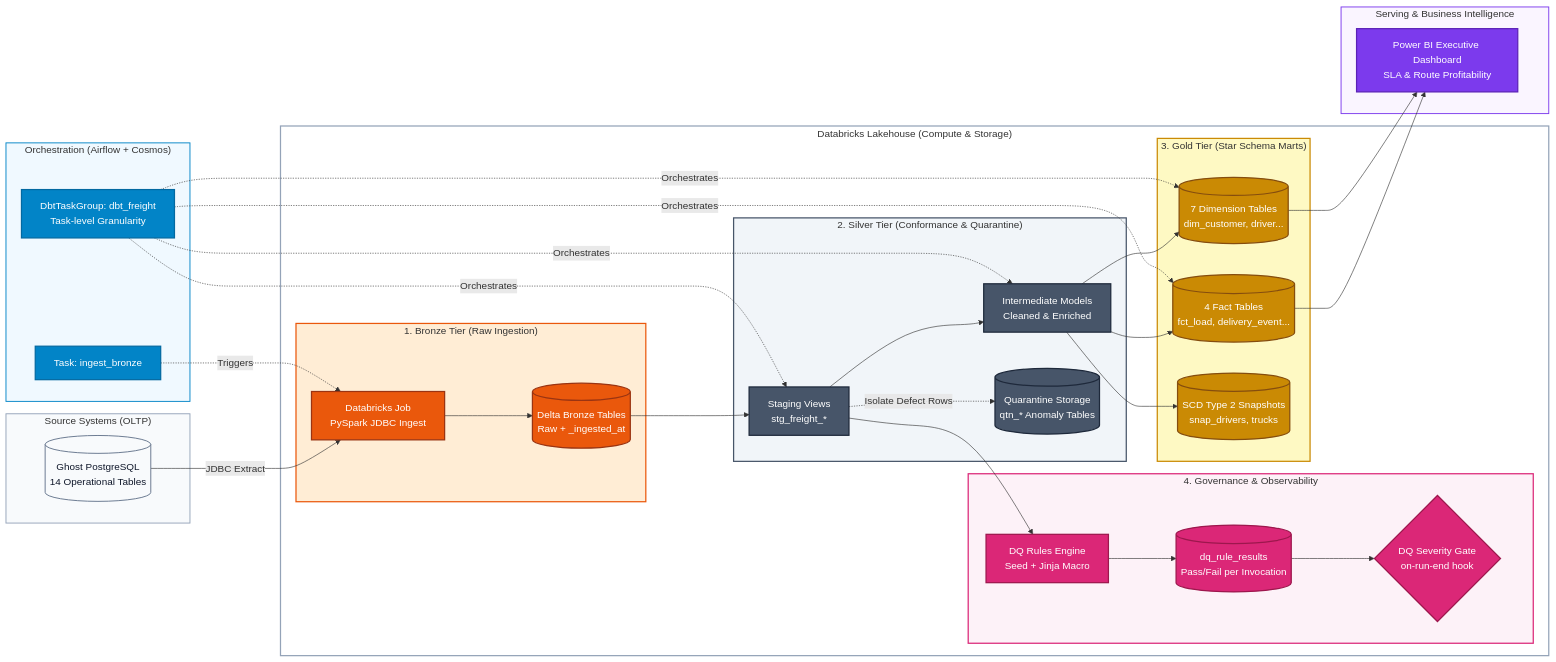
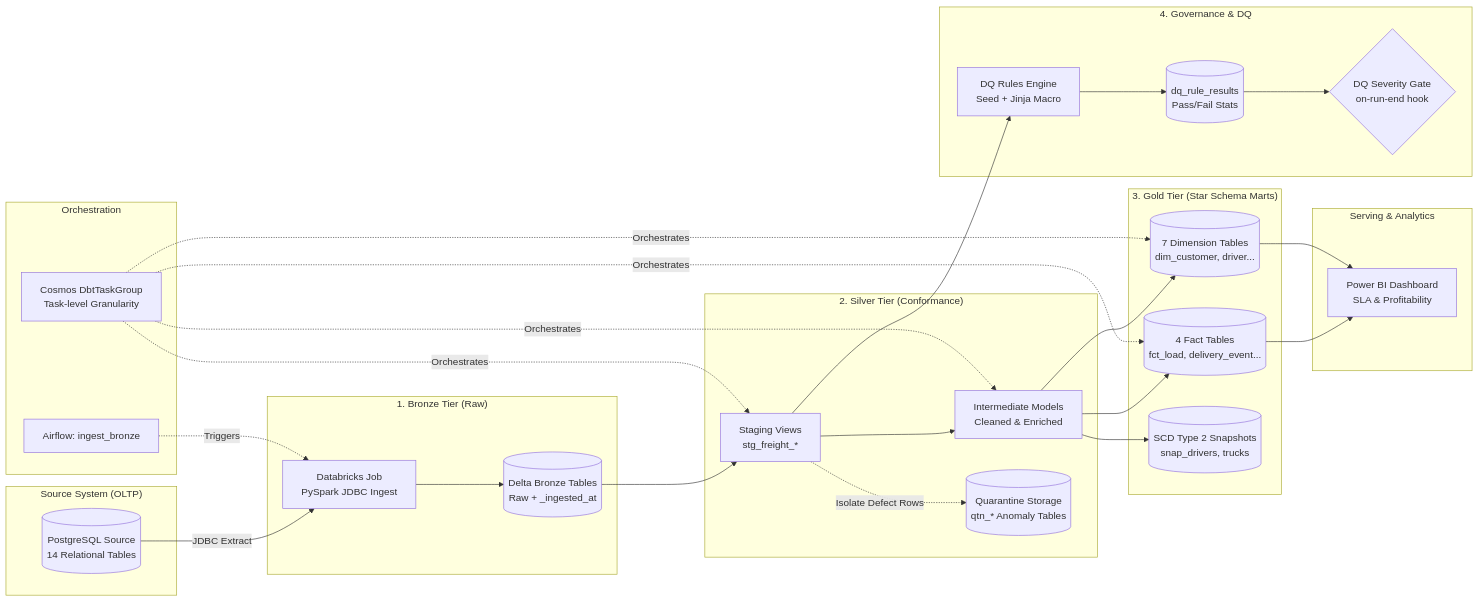
The diagram in README.md (toandatawork/freight-data-platform), drawn with Mermaid before and after one commit. The commit also changed other lines of this file, not shown here.

Commit message:
docs: fix README responsive table layout and dark-mode native mermaid diagram

````diff
--- a/README.md
+++ b/README.md
@@ -57,75 +41,54 @@
 ```mermaid
 flowchart LR
-    classDef source fill:#f8fafc,stroke:#64748b,stroke-width:1.5px,color:#0f172a;
-    classDef bronze fill:#ea580c,stroke:#9a3412,stroke-width:2px,color:#ffffff;
-    classDef silver fill:#475569,stroke:#1e293b,stroke-width:2px,color:#ffffff;
-    classDef gold fill:#ca8a04,stroke:#854d0e,stroke-width:2px,color:#ffffff;
-    classDef dq fill:#db2777,stroke:#9d174d,stroke-width:2px,color:#ffffff;
-    classDef af fill:#0284c7,stroke:#0369a1,stroke-width:2px,color:#ffffff;
-    classDef bi fill:#7c3aed,stroke:#5b21b6,stroke-width:2px,color:#ffffff;
-
-    subgraph Source["Source Systems (OLTP)"]
-        GhostDB[("Ghost PostgreSQL<br/>14 Operational Tables")]:::source
+    subgraph Source["Source System (OLTP)"]
+        GhostDB[("PostgreSQL Source<br/>14 Relational Tables")]
     end
 
-    subgraph Databricks["Databricks Lakehouse (Compute & Storage)"]
-        subgraph BronzeTier["1. Bronze Tier (Raw Ingestion)"]
-            SparkJob["Databricks Job<br/>PySpark JDBC Ingest"]:::bronze
-            DeltaBronze[("Delta Bronze Tables<br/>Raw + _ingested_at")]:::bronze
-        end
-
-        subgraph SilverTier["2. Silver Tier (Conformance & Quarantine)"]
-            Staging["Staging Views<br/>stg_freight_*"]:::silver
-            Intermediate["Intermediate Models<br/>Cleaned & Enriched"]:::silver
-            Quarantine[("Quarantine Storage<br/>qtn_* Anomaly Tables")]:::silver
-        end
-
-        subgraph GoldTier["3. Gold Tier (Star Schema Marts)"]
-            Dims[("7 Dimension Tables<br/>dim_customer, driver...")]:::gold
-            Facts[("4 Fact Tables<br/>fct_load, delivery_event...")]:::gold
-            SCD2[("SCD Type 2 Snapshots<br/>snap_drivers, trucks")]:::gold
-        end
-
-        subgraph ObservabilityTier["4. Governance & Observability"]
-            DQEngine["DQ Rules Engine<br/>Seed + Jinja Macro"]:::dq
-            DQResults[("dq_rule_results<br/>Pass/Fail per Invocation")]:::dq
-            SeverityGate{"DQ Severity Gate<br/>on-run-end hook"}:::dq
-        end
+    subgraph BronzeTier["1. Bronze Tier (Raw)"]
+        SparkJob["Databricks Job<br/>PySpark JDBC Ingest"]
+        DeltaBronze[("Delta Bronze Tables<br/>Raw + _ingested_at")]
     end
 
-    subgraph Orchestration["Orchestration (Airflow + Cosmos)"]
-        AF_Ingest["Task: ingest_bronze"]:::af
-        AF_Cosmos["DbtTaskGroup: dbt_freight<br/>Task-level Granularity"]:::af
+    subgraph SilverTier["2. Silver Tier (Conformance)"]
+        Staging["Staging Views<br/>stg_freight_*"]
+        Intermediate["Intermediate Models<br/>Cleaned & Enriched"]
+        Quarantine[("Quarantine Storage<br/>qtn_* Anomaly Tables")]
     end
 
-    subgraph Consumption["Serving & Business Intelligence"]
-        PowerBI["Power BI Executive Dashboard<br/>SLA & Route Profitability"]:::bi
+    subgraph GoldTier["3. Gold Tier (Star Schema Marts)"]
+        Dims[("7 Dimension Tables<br/>dim_customer, driver...")]
+        Facts[("4 Fact Tables<br/>fct_load, delivery_event...")]
+        SCD2[("SCD Type 2 Snapshots<br/>snap_drivers, trucks")]
     end
 
+    subgraph ObservabilityTier["4. Governance & DQ"]
+        DQEngine["DQ Rules Engine<br/>Seed + Jinja Macro"]
+        DQResults[("dq_rule_results<br/>Pass/Fail Stats")]
+        SeverityGate{"DQ Severity Gate<br/>on-run-end hook"}
+    end
 
-    %% Tô màu NỀN riêng biệt cho từng khung Subgraph
-    style Databricks fill:#ffffff,stroke:#94a3b8,stroke-width:2px
-    style BronzeTier fill:#ffedd5,stroke:#ea580c,stroke-width:2px
-    style SilverTier fill:#f1f5f9,stroke:#475569,stroke-width:2px
-    style GoldTier fill:#fef9c3,stroke:#ca8a04,stroke-width:2px
-    style ObservabilityTier fill:#fdf2f8,stroke:#db2777,stroke-width:2px
-    style Source fill:#f8fafc,stroke:#94a3b8,stroke-width:1.5px
-    style Orchestration fill:#f0f9ff,stroke:#0284c7,stroke-width:1.5px
-    style Consumption fill:#faf5ff,stroke:#7c3aed,stroke-width:1.5px
+    subgraph Orchestration["Orchestration"]
+        AF_Ingest["Airflow: ingest_bronze"]
+        AF_Cosmos["Cosmos DbtTaskGroup<br/>Task-level Granularity"]
+    end
+
+    subgraph Consumption["Serving & Analytics"]
+        PowerBI["Power BI Dashboard<br/>SLA & Profitability"]
+    end
 
     GhostDB -->|JDBC Extract| SparkJob
     SparkJob --> DeltaBronze
     DeltaBronze --> Staging
     Staging --> Intermediate
     Staging -.->|Isolate Defect Rows| Quarantine
     Intermediate --> Dims
     Intermediate --> Facts
     Intermediate --> SCD2
     Staging --> DQEngine
     DQEngine --> DQResults
     DQResults --> SeverityGate
     AF_Ingest -.->|Triggers| SparkJob
     AF_Cosmos -.->|Orchestrates| Staging & Intermediate & Dims & Facts
     Facts --> PowerBI
-        Dims --> PowerBI
+    Dims --> PowerBI
 ```
````
